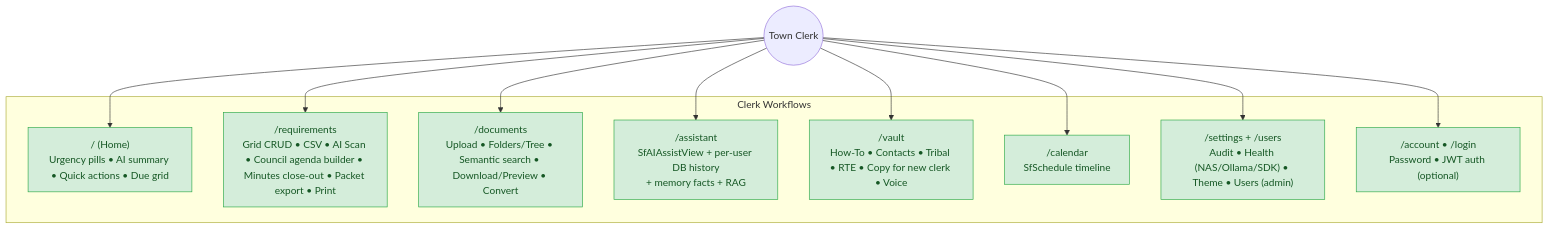
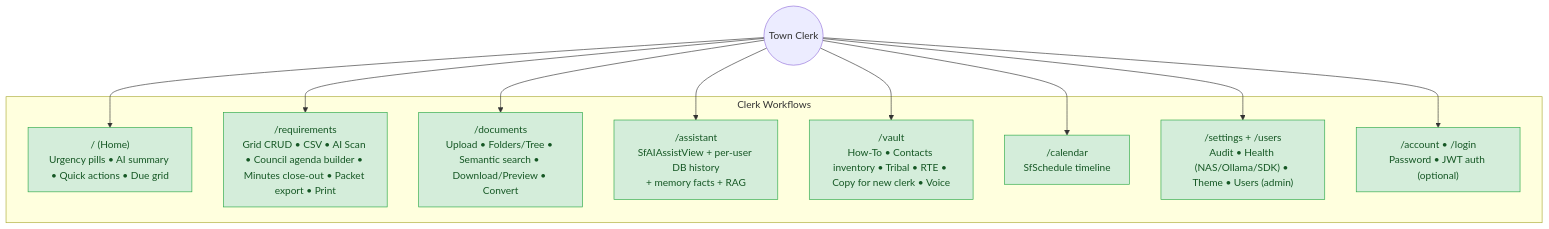
Before and after one commit to Bigessfour/TIKR-Town-Institutional-Knowledge-Tracker: the first of 3 diagrams in docs/function-tree.md, drawn with Mermaid. The commit also changed 33 other files, not shown here.

First line of the commit message:
Add Phase 11 contacts inventory with Requirement links.

````diff
--- a/docs/function-tree.md
+++ b/docs/function-tree.md
@@ -12,27 +12,27 @@
 ```mermaid
 flowchart TB
     Clerk((Town Clerk))
 
     subgraph ClerkWorkflows["Clerk Workflows"]
         Dashboard["/ (Home)\nUrgency pills • AI summary • Quick actions • Due grid"]
         Requirements["/requirements\nGrid CRUD • CSV • AI Scan • Council agenda builder • Minutes close-out • Packet export • Print"]
         Documents["/documents\nUpload • Folders/Tree • Semantic search • Download/Preview • Convert"]
         Assistant["/assistant\nSfAIAssistView + per-user DB history\n+ memory facts + RAG"]
-        Vault["/vault\nHow-To • Contacts • Tribal • RTE • Copy for new clerk • Voice"]
+        Vault["/vault\nHow-To • Contacts inventory • Tribal • RTE • Copy for new clerk • Voice"]
         Calendar["/calendar\nSfSchedule timeline"]
         Settings["/settings + /users\nAudit • Health (NAS/Ollama/SDK) • Theme • Users (admin)"]
         Account["/account • /login\nPassword • JWT auth (optional)"]
     end
 
     Clerk --> Dashboard
     Clerk --> Requirements
     Clerk --> Documents
     Clerk --> Assistant
     Clerk --> Vault
     Clerk --> Calendar
     Clerk --> Settings
     Clerk --> Account
 
     classDef done fill:#d4edda,stroke:#28a745,color:#155724
     class Dashboard,Requirements,Documents,Assistant,Vault,Calendar,Settings,Account done
 ```
````
